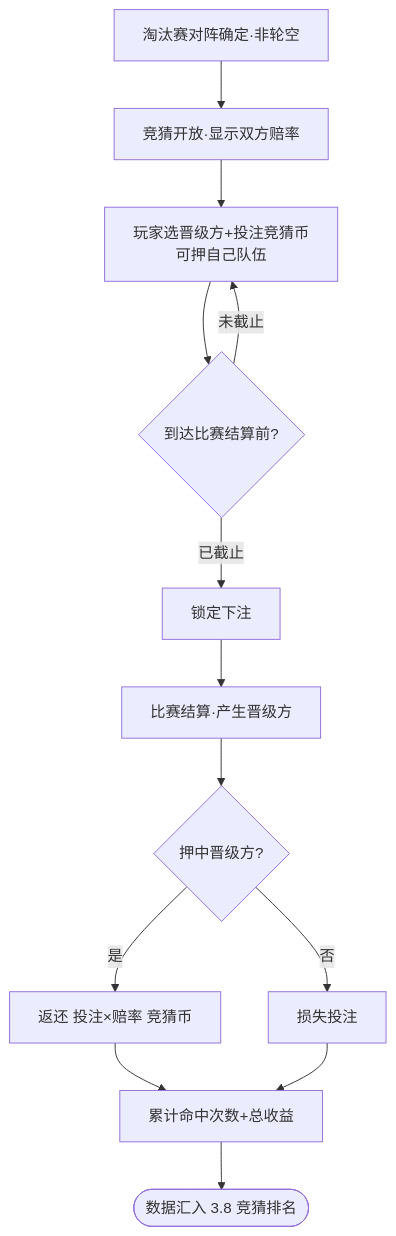
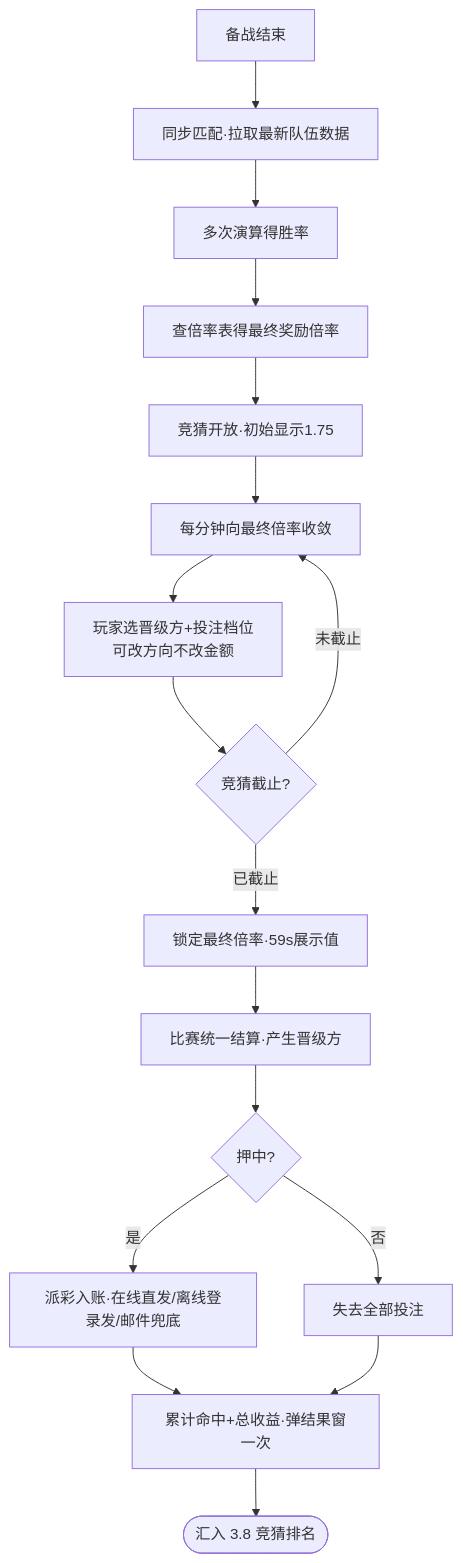
The eighth of 8 diagrams in output/2026世界杯主题活动-开发文档.md (RehearsalTap4Fun/MindToDoc), drawn with Mermaid before and after one commit. The commit also changed other lines of this file and 25 other files, not shown here.

````diff
--- a/output/2026世界杯主题活动-开发文档.md
+++ b/output/2026世界杯主题活动-开发文档.md
@@ -845,15 +1080,19 @@
 ```mermaid
 flowchart TD
-    A[淘汰赛对阵确定·非轮空] --> B[竞猜开放·显示双方赔率]
-    B --> C[玩家选晋级方+投注竞猜币<br/>可押自己队伍]
-    C --> D{到达比赛结算前?}
-    D -->|未截止| C
-    D -->|已截止| E[锁定下注]
-    E --> F[比赛结算·产生晋级方]
-    F --> G{押中晋级方?}
-    G -->|是| H[返还 投注×赔率 竞猜币]
-    G -->|否| I[损失投注]
-    H --> J[累计命中次数+总收益]
-    I --> J
-    J --> K([数据汇入 3.8 竞猜排名])
+    A[备战结束] --> B[同步匹配·拉取最新队伍数据]
+    B --> C[多次演算得胜率]
+    C --> D[查倍率表得最终奖励倍率]
+    D --> E[竞猜开放·初始显示1.75]
+    E --> F[每分钟向最终倍率收敛]
+    F --> G[玩家选晋级方+投注档位<br/>可改方向不改金额]
+    G --> H{竞猜截止?}
+    H -->|未截止| F
+    H -->|已截止| I[锁定最终倍率·59s展示值]
+    I --> J[比赛统一结算·产生晋级方]
+    J --> K{押中?}
+    K -->|是| L[派彩入账·在线直发/离线登录发/邮件兜底]
+    K -->|否| M[失去全部投注]
+    L --> N[累计命中+总收益·弹结果窗一次]
+    M --> N
+    N --> O([汇入 3.8 竞猜排名])
 ```
````
